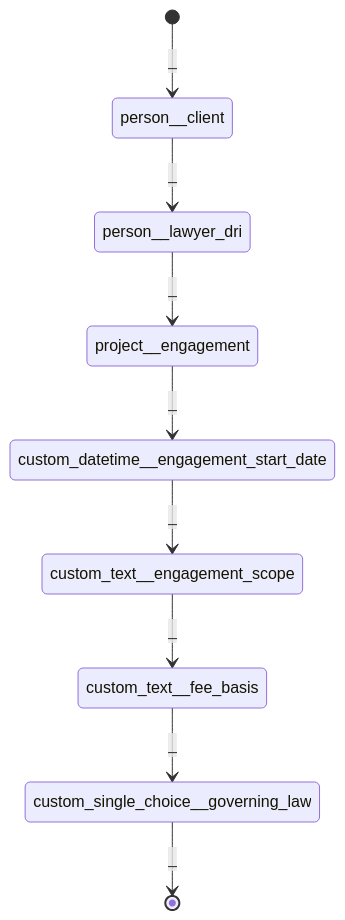
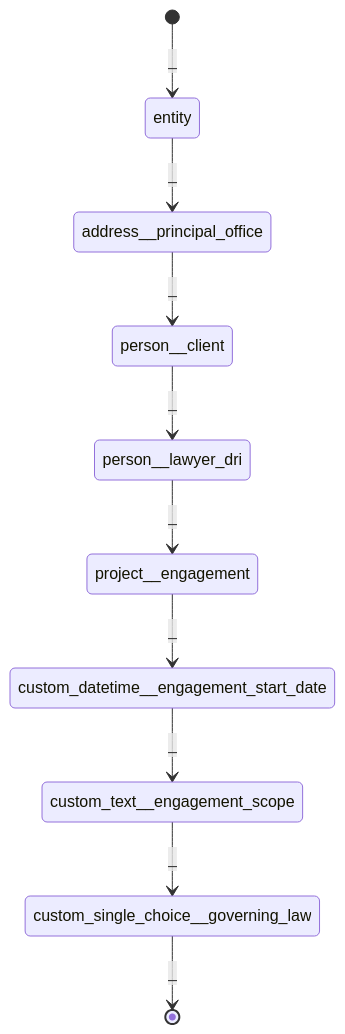
Before and after one commit to neon-law-source-code/navigator: the first of 3 diagrams in docs/retainer_intake.md, drawn with Mermaid. The commit also changed other lines of this file and 211 other files, not shown here.

````diff
--- a/docs/retainer_intake.md
+++ b/docs/retainer_intake.md
@@ -26,11 +27,12 @@
 ```mermaid
 stateDiagram-v2
-    [*] --> person__client : _
+    [*] --> entity : _
+    entity --> address__principal_office : _
+    address__principal_office --> person__client : _
     person__client --> person__lawyer_dri : _
     person__lawyer_dri --> project__engagement : _
     project__engagement --> custom_datetime__engagement_start_date : _
     custom_datetime__engagement_start_date --> custom_text__engagement_scope : _
-    custom_text__engagement_scope --> custom_text__fee_basis : _
-    custom_text__fee_basis --> custom_single_choice__governing_law : _
+    custom_text__engagement_scope --> custom_single_choice__governing_law : _
     custom_single_choice__governing_law --> [*] : _
 ```
````
